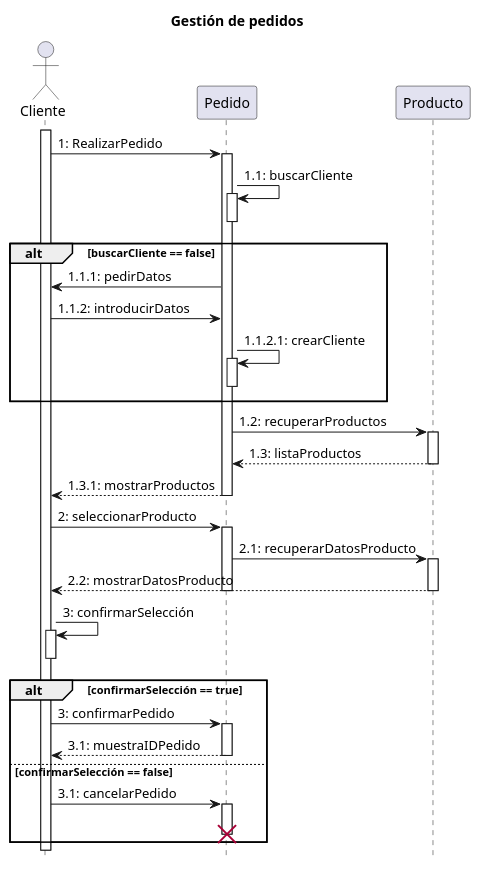
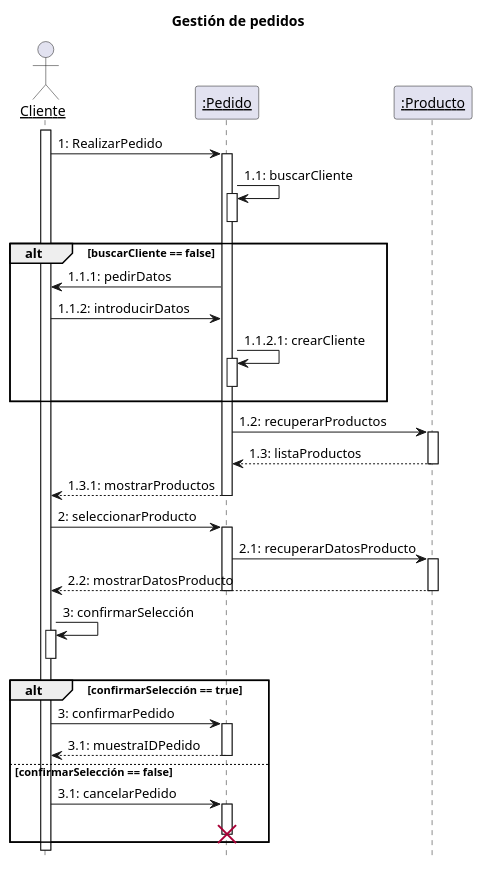
The diagram in sequence/PCV06-20/pedidos.puml (eliadotor/PCV06-10), drawn with PlantUML before and after one commit.

Commit message:
Diagrama pagoPedidos añadido sintaxis de objetos a los participantes

```diff
--- a/sequence/PCV06-20/pedidos.puml
+++ b/sequence/PCV06-20/pedidos.puml
@@ -1,45 +1,48 @@
 @startuml
+skinparam sequenceParticipant underline
 hide footbox
 
 title Gestión de pedidos
 
 actor Cliente 
+participant ":Pedido" as Pedido
+participant ":Producto" as Producto
 
 Cliente ++
 Cliente -> Pedido++: 1: RealizarPedido
 Pedido -> Pedido++: 1.1: buscarCliente
 deactivate Pedido
 
 alt buscarCliente == false
     Cliente <- Pedido : 1.1.1: pedirDatos
     Cliente -> Pedido : 1.1.2: introducirDatos
     Pedido -> Pedido++: 1.1.2.1: crearCliente
     deactivate Pedido
 end
 
 Pedido -> Producto++ : 1.2: recuperarProductos
 Pedido <-- Producto : 1.3: listaProductos
 deactivate Producto
 Cliente <-- Pedido : 1.3.1: mostrarProductos
 deactivate Pedido
 
 Cliente -> Pedido++: 2: seleccionarProducto
 Pedido -> Producto++ : 2.1: recuperarDatosProducto
 Cliente <-- Producto : 2.2: mostrarDatosProducto
 deactivate Producto
 deactivate Pedido
 
 Cliente -> Cliente++ : 3: confirmarSelección
 deactivate Cliente
 
 alt confirmarSelección == true
     Cliente -> Pedido++: 3: confirmarPedido
     Cliente <-- Pedido: 3.1: muestraIDPedido
     deactivate Pedido
 else confirmarSelección == false
     Cliente -> Pedido++ : 3.1: cancelarPedido
     destroy Pedido
 
 end
 
 @enduml
```
